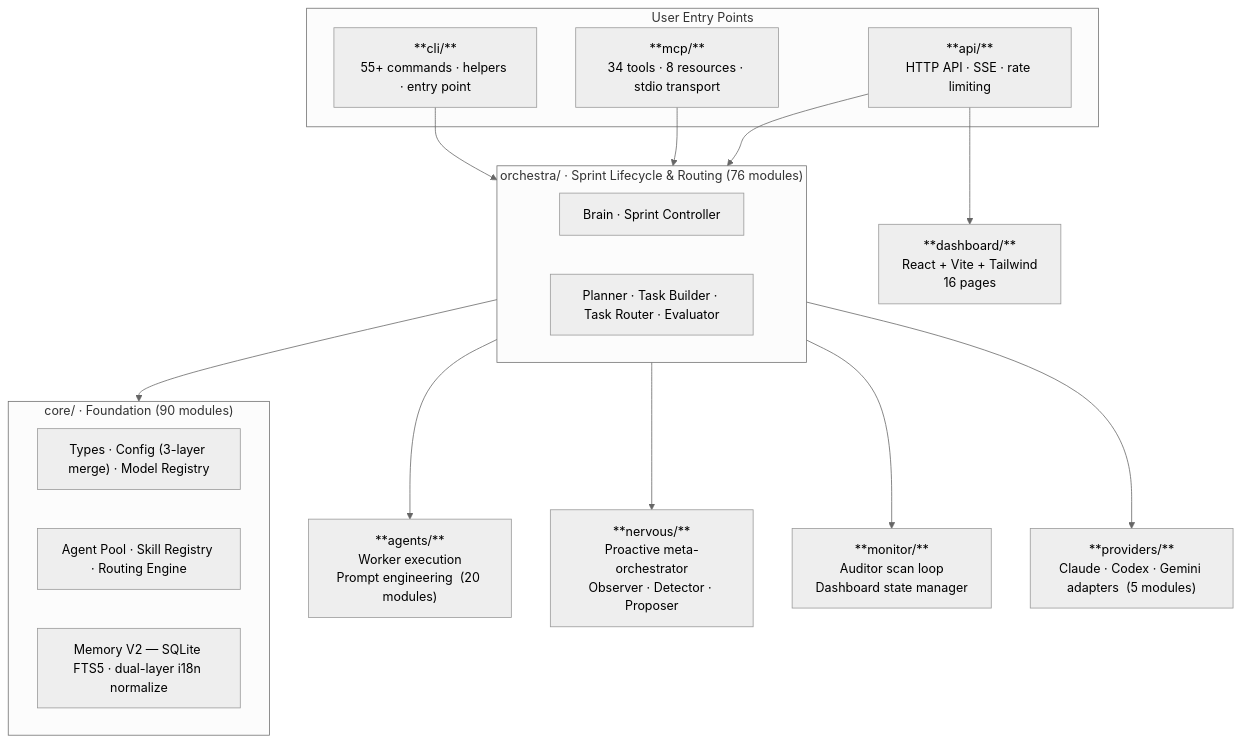
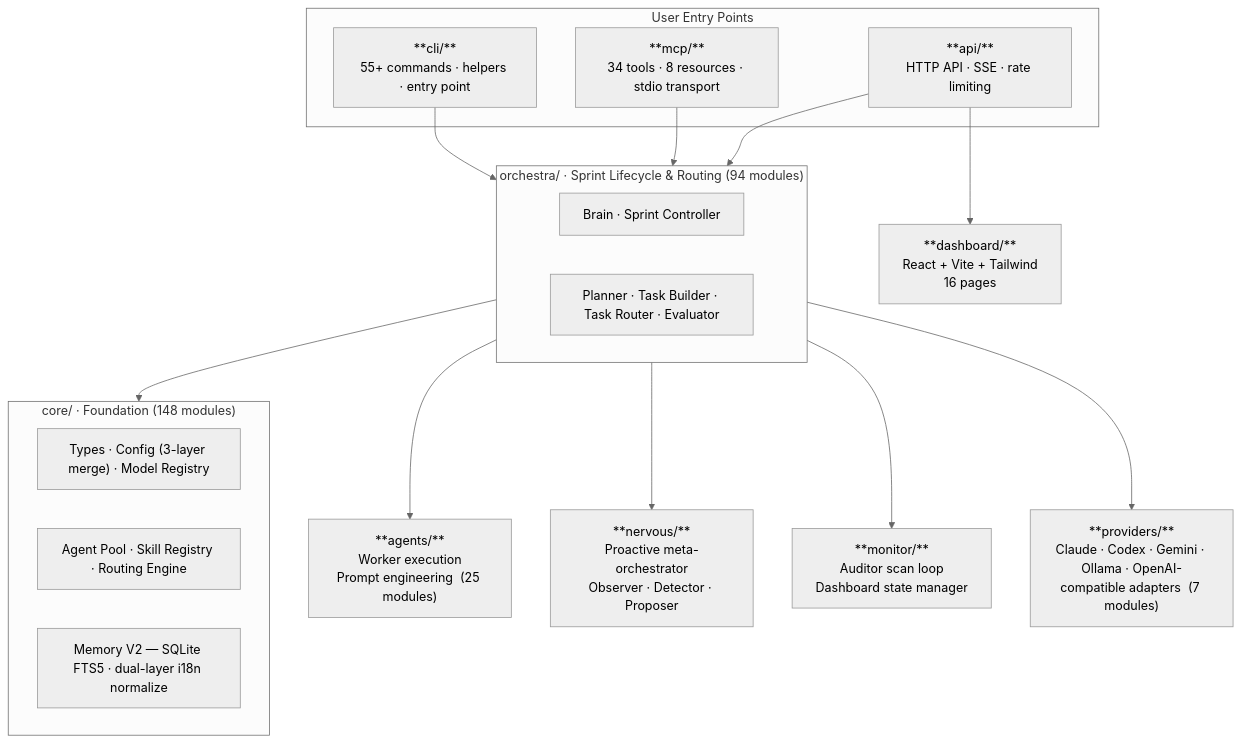
One commit to Verhex/deckent-develop changed the second of 2 diagrams in docs/reference/lifecycle-diagram.md. Above: the diagram before and after it, drawn with Mermaid (neutral theme). The commit also changed 22 other files, not shown here.

````diff
--- a/docs/reference/lifecycle-diagram.md
+++ b/docs/reference/lifecycle-diagram.md
@@ -42,35 +42,35 @@
 ```mermaid
 graph TD
     subgraph entry["User Entry Points"]
         CLI["**cli/**\n55+ commands · helpers · entry point"]
         MCP_S["**mcp/**\n34 tools · 8 resources · stdio transport"]
         API_S["**api/**\nHTTP API · SSE · rate limiting"]
     end
 
-    subgraph orch["orchestra/  ·  Sprint Lifecycle & Routing  (76 modules)"]
+    subgraph orch["orchestra/  ·  Sprint Lifecycle & Routing  (94 modules)"]
         BRAIN["Brain · Sprint Controller"]
         PLANNER["Planner · Task Builder · Task Router · Evaluator"]
     end
 
-    subgraph found["core/  ·  Foundation  (90 modules)"]
+    subgraph found["core/  ·  Foundation  (148 modules)"]
         TYPES["Types · Config (3-layer merge) · Model Registry"]
         POOLS["Agent Pool · Skill Registry · Routing Engine"]
         MEMORY["Memory V2 — SQLite FTS5 · dual-layer i18n normalize"]
     end
 
-    AGENTS["**agents/**\nWorker execution\nPrompt engineering  (20 modules)"]
+    AGENTS["**agents/**\nWorker execution\nPrompt engineering  (25 modules)"]
     NERVOUS["**nervous/**\nProactive meta-orchestrator\nObserver · Detector · Proposer"]
     MONITOR["**monitor/**\nAuditor scan loop\nDashboard state manager"]
-    PROVIDERS["**providers/**\nClaude · Codex · Gemini adapters  (5 modules)"]
+    PROVIDERS["**providers/**\nClaude · Codex · Gemini · Ollama · OpenAI-compatible adapters  (7 modules)"]
     DASH["**dashboard/**\nReact + Vite + Tailwind\n16 pages"]
 
     CLI --> orch
     MCP_S --> orch
     API_S --> orch
     API_S --> DASH
     orch --> found
     orch --> AGENTS
     orch --> NERVOUS
     orch --> MONITOR
     orch --> PROVIDERS
 ```
````
